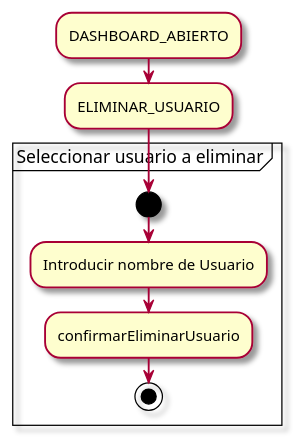
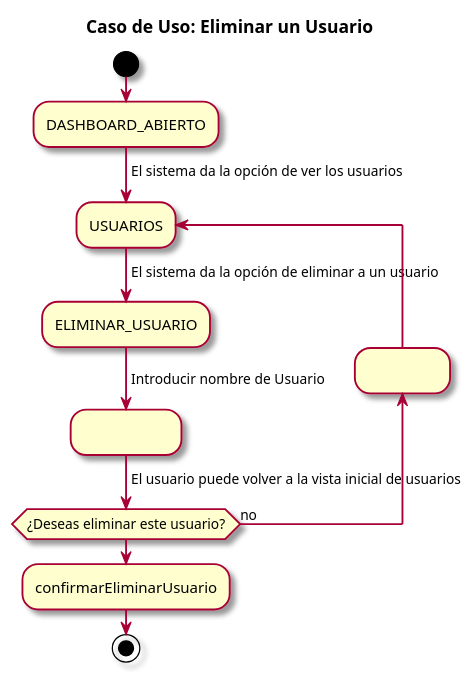
Before and after one commit to mmasias/23-24-IdSw1-SDR: the diagram in modelosUML/casosDeUso/detalles/eliminarUsuario.puml, drawn with PlantUML. The commit also changed 2 other files, not shown here.

Commit message:
Modificacion caso de uso Eliminar Usuario

```diff
--- a/modelosUML/casosDeUso/detalles/eliminarUsuario.puml
+++ b/modelosUML/casosDeUso/detalles/eliminarUsuario.puml
@@ -1,14 +1,19 @@
 @startuml
 skin rose
+title Caso de Uso: Eliminar un Usuario
 
+start
 :DASHBOARD_ABIERTO;
+-> El sistema da la opción de ver los usuarios;
+repeat :USUARIOS;
+-> El sistema da la opción de eliminar a un usuario;
 :ELIMINAR_USUARIO;
-
-partition "Seleccionar usuario a eliminar" {
-  start
-  :Introducir nombre de Usuario;
+backward:                  ;
+-> Introducir nombre de Usuario;
+:                      ;
+-> El usuario puede volver a la vista inicial de usuarios;
+repeat while (¿Deseas eliminar este usuario?) is (no)
   :confirmarEliminarUsuario;
-  stop
-}
+stop
 
 @enduml
```
